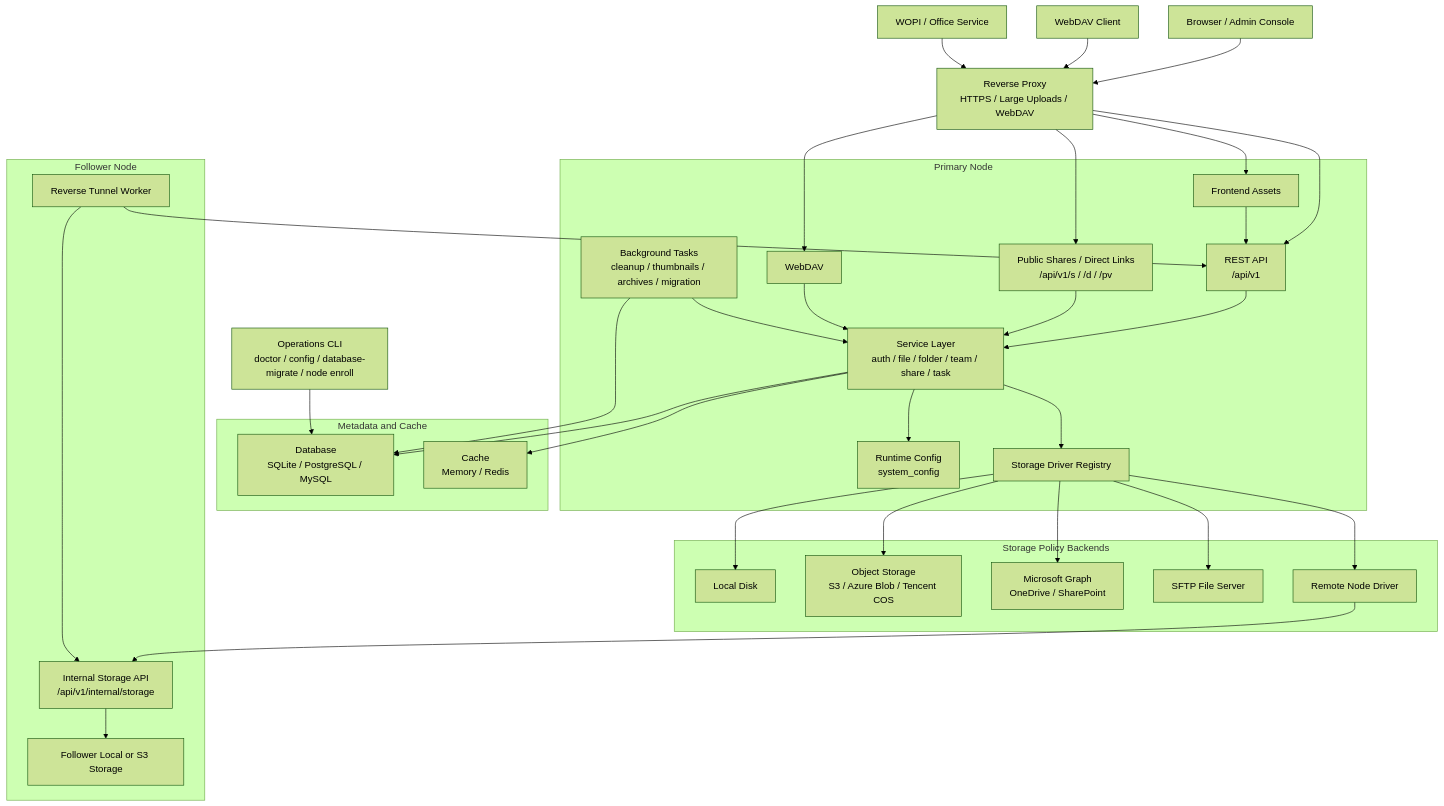
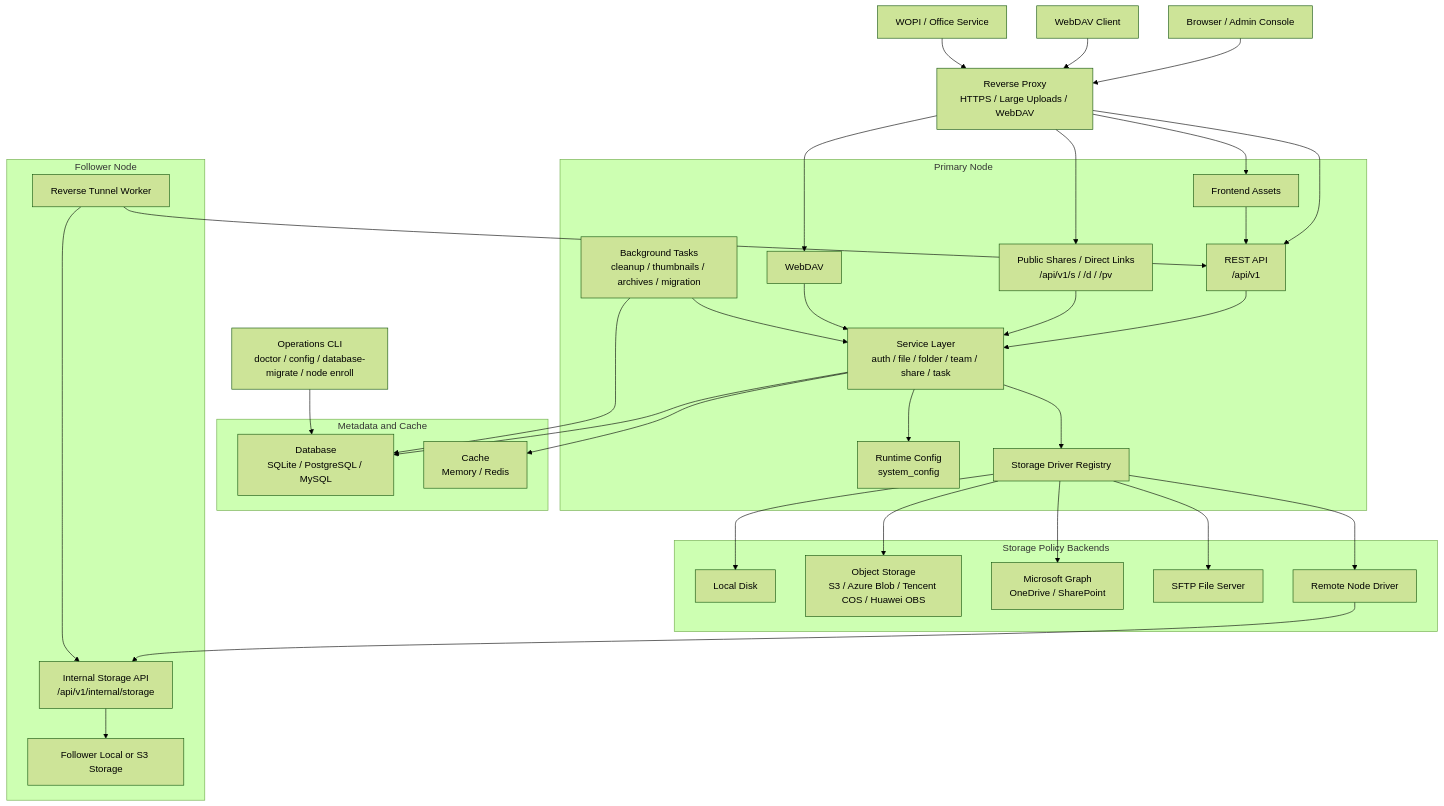
The first of 6 diagrams in docs/src/content/docs/en/reference/runtime-architecture.md (AsterCommunity/AsterDrive), drawn with Mermaid (forest theme) before and after one commit. The commit also changed other lines of this file and 53 other files, not shown here.

````diff
--- a/docs/src/content/docs/en/reference/runtime-architecture.md
+++ b/docs/src/content/docs/en/reference/runtime-architecture.md
@@ -21,67 +21,67 @@
 ```mermaid
 flowchart TB
   Browser["Browser / Admin Console"]
   DavClient["WebDAV Client"]
   Office["WOPI / Office Service"]
   ReverseProxy["Reverse Proxy<br/>HTTPS / Large Uploads / WebDAV"]
   Cli["Operations CLI<br/>doctor / config / database-migrate / node enroll"]
 
   subgraph Primary["Primary Node"]
     Frontend["Frontend Assets"]
     RestApi["REST API<br/>/api/v1"]
     PublicShare["Public Shares / Direct Links<br/>/api/v1/s / /d / /pv"]
     WebDav["WebDAV"]
     RuntimeConfig["Runtime Config<br/>system_config"]
     Services["Service Layer<br/>auth / file / folder / team / share / task"]
     Tasks["Background Tasks<br/>cleanup / thumbnails / archives / migration"]
     DriverRegistry["Storage Driver Registry"]
   end
 
   subgraph Data["Metadata and Cache"]
     Database["Database<br/>SQLite / PostgreSQL / MySQL"]
     Cache["Cache<br/>Memory / Redis"]
   end
 
   subgraph Storage["Storage Policy Backends"]
     Local["Local Disk"]
-    ObjectStorage["Object Storage<br/>S3 / Azure Blob / Tencent COS"]
+    ObjectStorage["Object Storage<br/>S3 / Azure Blob / Tencent COS / Huawei OBS"]
     Graph["Microsoft Graph<br/>OneDrive / SharePoint"]
     Sftp["SFTP File Server"]
     RemoteDriver["Remote Node Driver"]
   end
 
   subgraph Follower["Follower Node"]
     InternalStorage["Internal Storage API<br/>/api/v1/internal/storage"]
     FollowerStore["Follower Local or S3 Storage"]
     TunnelWorker["Reverse Tunnel Worker"]
   end
 
   Browser --> ReverseProxy
   DavClient --> ReverseProxy
   Office --> ReverseProxy
   ReverseProxy --> Frontend
   ReverseProxy --> RestApi
   ReverseProxy --> PublicShare
   ReverseProxy --> WebDav
   Cli --> Database
 
   Frontend --> RestApi
   RestApi --> Services
   PublicShare --> Services
   WebDav --> Services
   Services --> RuntimeConfig
   Services --> Database
   Services --> Cache
   Tasks --> Services
   Tasks --> Database
   Services --> DriverRegistry
   DriverRegistry --> Local
   DriverRegistry --> ObjectStorage
   DriverRegistry --> Graph
   DriverRegistry --> Sftp
   DriverRegistry --> RemoteDriver
   RemoteDriver --> InternalStorage
   InternalStorage --> FollowerStore
   TunnelWorker --> RestApi
   TunnelWorker --> InternalStorage
 ```
````
